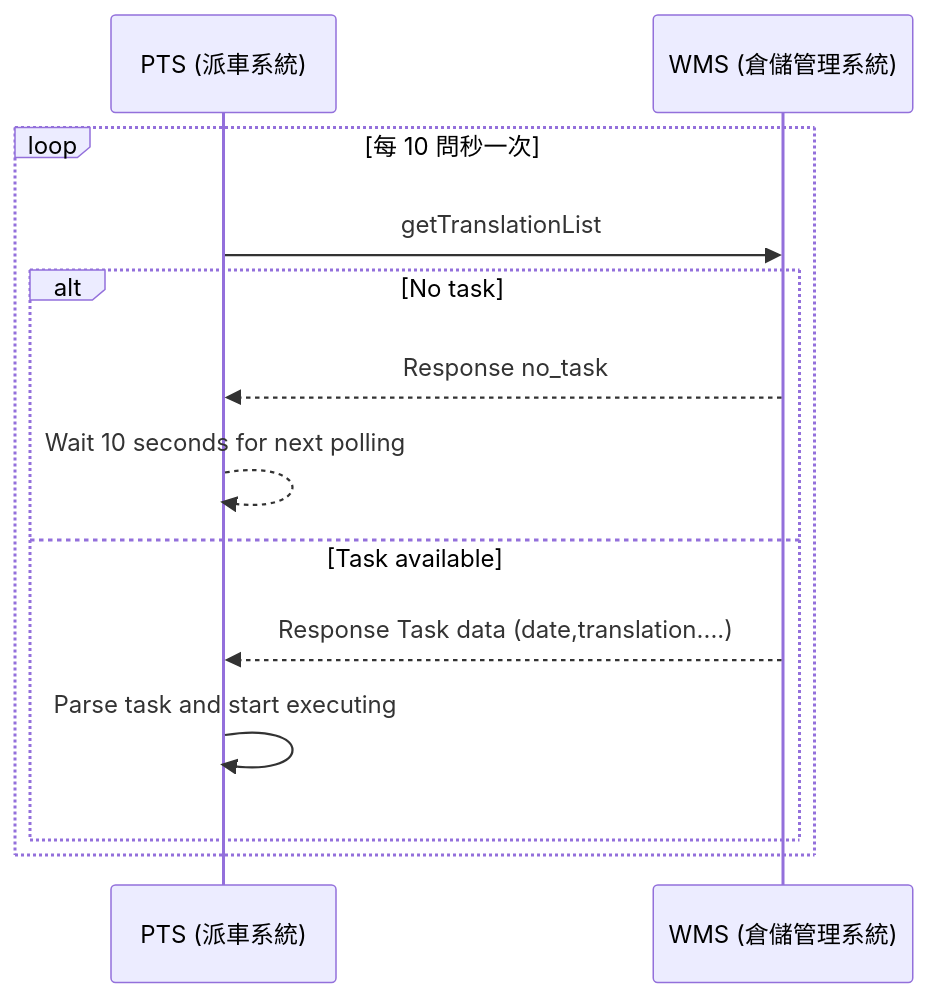
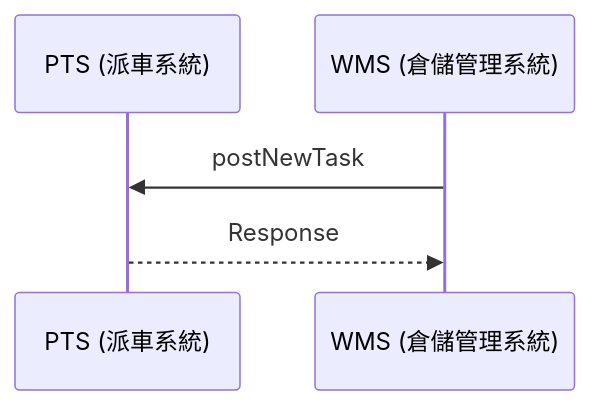
Before and after one commit to athena-tircgo/amr-wms-lsj: the second of 8 diagrams in README.md, drawn with Mermaid. The commit also changed other lines of this file, not shown here.

````diff
--- a/README.md
+++ b/README.md
@@ -127,15 +127,9 @@
 ```mermaid
 sequenceDiagram
     participant PTS as PTS (派車系統)
     participant WMS as WMS (倉儲管理系統)
-    loop 每 10 問秒一次
-        PTS->>WMS: getTranslationList
-        alt No task
-            WMS-->>PTS: Response no_task
-            PTS-->>PTS: Wait 10 seconds for next polling
-        else Task available
-            WMS-->>PTS: Response Task data (date,translation....)
-            PTS->>PTS: Parse task and start executing
-        end
-    end
+
+        WMS->>PTS: postNewTask
+        PTS-->>WMS: Response 
+
 ```
````
